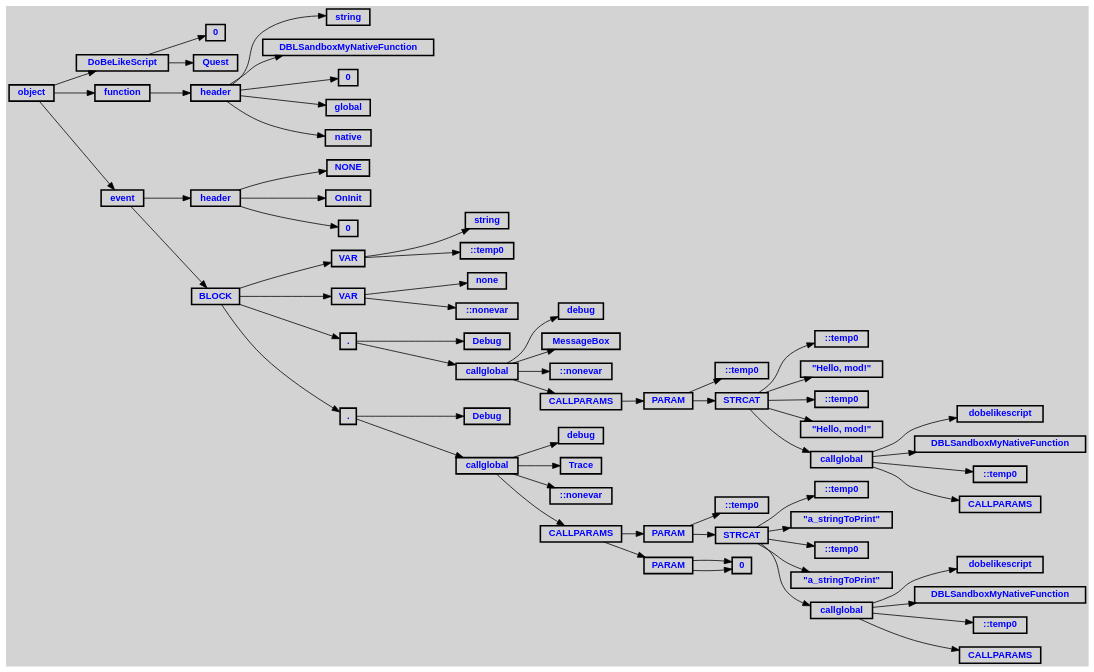
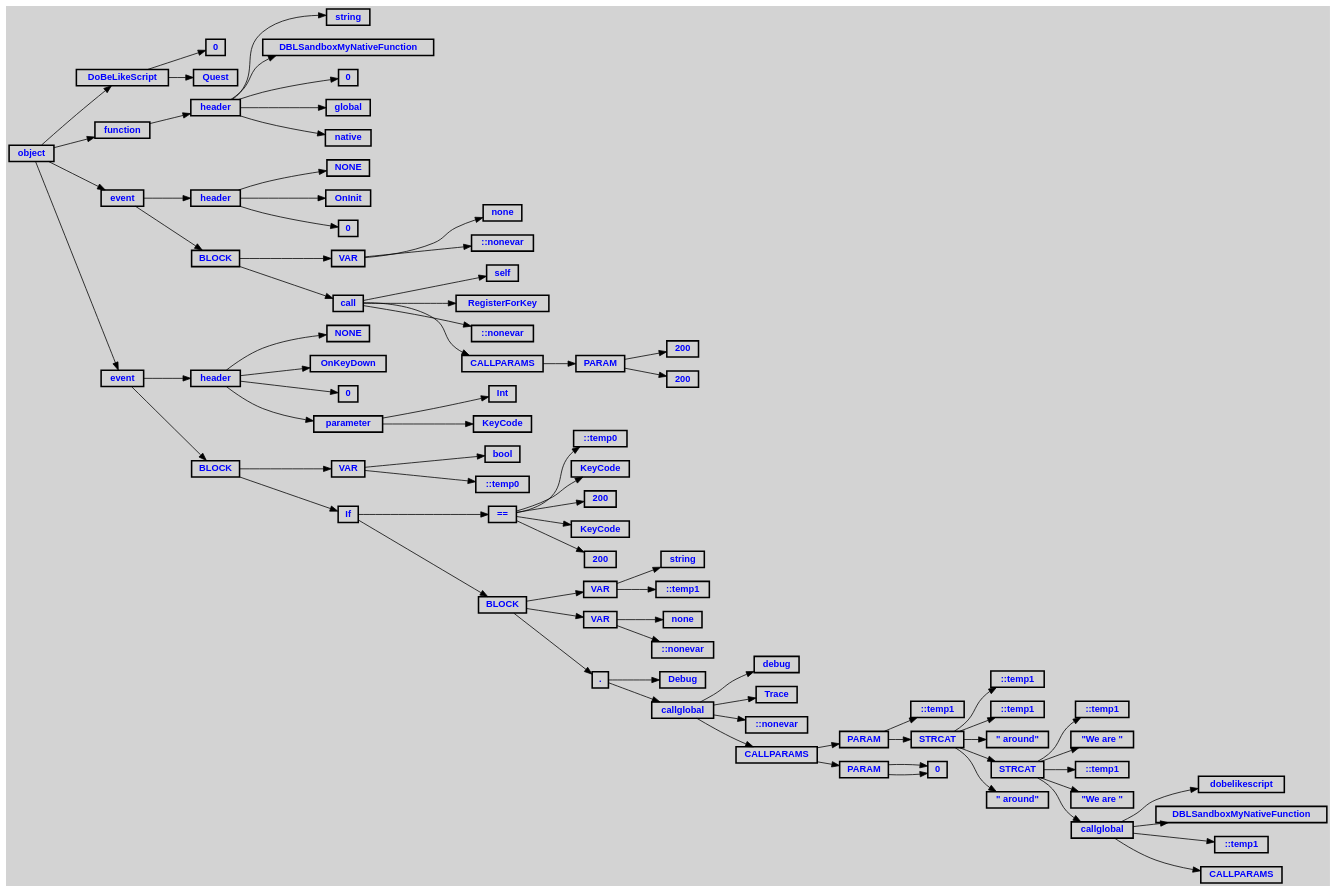
Before and after one commit to WladHD/CommonLibSSE-Sandbox: the diagram in DoBeLikeScript.postTypeCheck.dot, drawn with Graphviz. The commit also changed 22 other files, not shown here.

```diff
--- a/DoBeLikeScript.postTypeCheck.dot
+++ b/DoBeLikeScript.postTypeCheck.dot
@@ -1,158 +1,199 @@
 digraph {
  ordering=out;
  ranksep=.4
  rankdir=LR
  bgcolor="lightgrey";
  node [shape=box, fixedsize=false, fontsize=12, fontname="Helvetica-bold", fontcolor="blue"
        width=.25, height=.25, color="black", style="bold"]
  n0 [label="object"];
  n1 [label="DoBeLikeScript"];
  n1 [label="DoBeLikeScript"];
  n2 [label="0"];
  n3 [label="Quest"];
  n4 [label="function"];
  n4 [label="function"];
  n5 [label="header"];
  n5 [label="header"];
  n6 [label="string"];
  n7 [label="DBLSandboxMyNativeFunction"];
  n8 [label="0"];
  n9 [label="global"];
  n10 [label="native"];
  n11 [label="event"];
  n11 [label="event"];
  n12 [label="header"];
  n12 [label="header"];
  n13 [label="NONE"];
  n14 [label="OnInit"];
  n15 [label="0"];
  n16 [label="BLOCK"];
  n16 [label="BLOCK"];
  n17 [label="VAR"];
  n17 [label="VAR"];
- n18 [label="string"];
- n19 [label="::temp0"];
- n20 [label="VAR"];
- n20 [label="VAR"];
- n21 [label="none"];
- n22 [label="::nonevar"];
- n23 [label="."];
- n23 [label="."];
- n24 [label="Debug"];
- n25 [label="callglobal"];
- n25 [label="callglobal"];
- n26 [label="debug"];
- n27 [label="MessageBox"];
- n28 [label="::nonevar"];
- n29 [label="CALLPARAMS"];
- n29 [label="CALLPARAMS"];
- n30 [label="PARAM"];
- n30 [label="PARAM"];
- n31 [label="::temp0"];
- n32 [label="STRCAT"];
- n32 [label="STRCAT"];
- n33 [label="::temp0"];
- n34 [label="\"Hello, mod!\""];
- n35 [label="::temp0"];
- n36 [label="\"Hello, mod!\""];
- n37 [label="callglobal"];
- n37 [label="callglobal"];
- n38 [label="dobelikescript"];
- n39 [label="DBLSandboxMyNativeFunction"];
- n40 [label="::temp0"];
- n41 [label="CALLPARAMS"];
- n42 [label="."];
- n42 [label="."];
- n43 [label="Debug"];
- n44 [label="callglobal"];
- n44 [label="callglobal"];
- n45 [label="debug"];
- n46 [label="Trace"];
- n47 [label="::nonevar"];
- n48 [label="CALLPARAMS"];
- n48 [label="CALLPARAMS"];
- n49 [label="PARAM"];
- n49 [label="PARAM"];
- n50 [label="::temp0"];
- n51 [label="STRCAT"];
- n51 [label="STRCAT"];
- n52 [label="::temp0"];
- n53 [label="\"a_stringToPrint\""];
- n54 [label="::temp0"];
- n55 [label="\"a_stringToPrint\""];
+ n18 [label="none"];
+ n19 [label="::nonevar"];
+ n20 [label="call"];
+ n20 [label="call"];
+ n21 [label="self"];
+ n22 [label="RegisterForKey"];
+ n23 [label="::nonevar"];
+ n24 [label="CALLPARAMS"];
+ n24 [label="CALLPARAMS"];
+ n25 [label="PARAM"];
+ n25 [label="PARAM"];
+ n26 [label="200"];
+ n27 [label="200"];
+ n28 [label="event"];
+ n28 [label="event"];
+ n29 [label="header"];
+ n29 [label="header"];
+ n30 [label="NONE"];
+ n31 [label="OnKeyDown"];
+ n32 [label="0"];
+ n33 [label="parameter"];
+ n33 [label="parameter"];
+ n34 [label="Int"];
+ n35 [label="KeyCode"];
+ n36 [label="BLOCK"];
+ n36 [label="BLOCK"];
+ n37 [label="VAR"];
+ n37 [label="VAR"];
+ n38 [label="bool"];
+ n39 [label="::temp0"];
+ n40 [label="If"];
+ n40 [label="If"];
+ n41 [label="=="];
+ n41 [label="=="];
+ n42 [label="::temp0"];
+ n43 [label="KeyCode"];
+ n44 [label="200"];
+ n45 [label="KeyCode"];
+ n46 [label="200"];
+ n47 [label="BLOCK"];
+ n47 [label="BLOCK"];
+ n48 [label="VAR"];
+ n48 [label="VAR"];
+ n49 [label="string"];
+ n50 [label="::temp1"];
+ n51 [label="VAR"];
+ n51 [label="VAR"];
+ n52 [label="none"];
+ n53 [label="::nonevar"];
+ n54 [label="."];
+ n54 [label="."];
+ n55 [label="Debug"];
  n56 [label="callglobal"];
  n56 [label="callglobal"];
- n57 [label="dobelikescript"];
- n58 [label="DBLSandboxMyNativeFunction"];
- n59 [label="::temp0"];
+ n57 [label="debug"];
+ n58 [label="Trace"];
+ n59 [label="::nonevar"];
+ n60 [label="CALLPARAMS"];
  n60 [label="CALLPARAMS"];
  n61 [label="PARAM"];
  n61 [label="PARAM"];
- n62 [label="0"];
- n62 [label="0"];
+ n62 [label="::temp1"];
+ n63 [label="STRCAT"];
+ n63 [label="STRCAT"];
+ n64 [label="::temp1"];
+ n65 [label="::temp1"];
+ n66 [label="\" around\""];
+ n67 [label="STRCAT"];
+ n67 [label="STRCAT"];
+ n68 [label="::temp1"];
+ n69 [label="\"We are \""];
+ n70 [label="::temp1"];
+ n71 [label="\"We are \""];
+ n72 [label="callglobal"];
+ n72 [label="callglobal"];
+ n73 [label="dobelikescript"];
+ n74 [label="DBLSandboxMyNativeFunction"];
+ n75 [label="::temp1"];
+ n76 [label="CALLPARAMS"];
+ n77 [label="\" around\""];
+ n78 [label="PARAM"];
+ n78 [label="PARAM"];
+ n79 [label="0"];
+ n79 [label="0"];
 
  n0 -> n1 // "object" -> "DoBeLikeScript"
  n1 -> n2 // "DoBeLikeScript" -> "0"
  n1 -> n3 // "DoBeLikeScript" -> "Quest"
  n0 -> n4 // "object" -> "function"
  n4 -> n5 // "function" -> "header"
  n5 -> n6 // "header" -> "string"
  n5 -> n7 // "header" -> "DBLSandboxMyNativeFunction"
  n5 -> n8 // "header" -> "0"
  n5 -> n9 // "header" -> "global"
  n5 -> n10 // "header" -> "native"
  n0 -> n11 // "object" -> "event"
  n11 -> n12 // "event" -> "header"
  n12 -> n13 // "header" -> "NONE"
  n12 -> n14 // "header" -> "OnInit"
  n12 -> n15 // "header" -> "0"
  n11 -> n16 // "event" -> "BLOCK"
  n16 -> n17 // "BLOCK" -> "VAR"
- n17 -> n18 // "VAR" -> "string"
- n17 -> n19 // "VAR" -> "::temp0"
- n16 -> n20 // "BLOCK" -> "VAR"
- n20 -> n21 // "VAR" -> "none"
- n20 -> n22 // "VAR" -> "::nonevar"
- n16 -> n23 // "BLOCK" -> "."
- n23 -> n24 // "." -> "Debug"
- n23 -> n25 // "." -> "callglobal"
- n25 -> n26 // "callglobal" -> "debug"
- n25 -> n27 // "callglobal" -> "MessageBox"
- n25 -> n28 // "callglobal" -> "::nonevar"
- n25 -> n29 // "callglobal" -> "CALLPARAMS"
- n29 -> n30 // "CALLPARAMS" -> "PARAM"
- n30 -> n31 // "PARAM" -> "::temp0"
- n30 -> n32 // "PARAM" -> "STRCAT"
- n32 -> n33 // "STRCAT" -> "::temp0"
- n32 -> n34 // "STRCAT" -> ""Hello, mod!""
- n32 -> n35 // "STRCAT" -> "::temp0"
- n32 -> n36 // "STRCAT" -> ""Hello, mod!""
- n32 -> n37 // "STRCAT" -> "callglobal"
- n37 -> n38 // "callglobal" -> "dobelikescript"
- n37 -> n39 // "callglobal" -> "DBLSandboxMyNativeFunction"
- n37 -> n40 // "callglobal" -> "::temp0"
- n37 -> n41 // "callglobal" -> "CALLPARAMS"
- n16 -> n42 // "BLOCK" -> "."
- n42 -> n43 // "." -> "Debug"
- n42 -> n44 // "." -> "callglobal"
- n44 -> n45 // "callglobal" -> "debug"
- n44 -> n46 // "callglobal" -> "Trace"
- n44 -> n47 // "callglobal" -> "::nonevar"
- n44 -> n48 // "callglobal" -> "CALLPARAMS"
- n48 -> n49 // "CALLPARAMS" -> "PARAM"
- n49 -> n50 // "PARAM" -> "::temp0"
- n49 -> n51 // "PARAM" -> "STRCAT"
- n51 -> n52 // "STRCAT" -> "::temp0"
- n51 -> n53 // "STRCAT" -> ""a_stringToPrint""
- n51 -> n54 // "STRCAT" -> "::temp0"
- n51 -> n55 // "STRCAT" -> ""a_stringToPrint""
- n51 -> n56 // "STRCAT" -> "callglobal"
- n56 -> n57 // "callglobal" -> "dobelikescript"
- n56 -> n58 // "callglobal" -> "DBLSandboxMyNativeFunction"
- n56 -> n59 // "callglobal" -> "::temp0"
+ n17 -> n18 // "VAR" -> "none"
+ n17 -> n19 // "VAR" -> "::nonevar"
+ n16 -> n20 // "BLOCK" -> "call"
+ n20 -> n21 // "call" -> "self"
+ n20 -> n22 // "call" -> "RegisterForKey"
+ n20 -> n23 // "call" -> "::nonevar"
+ n20 -> n24 // "call" -> "CALLPARAMS"
+ n24 -> n25 // "CALLPARAMS" -> "PARAM"
+ n25 -> n26 // "PARAM" -> "200"
+ n25 -> n27 // "PARAM" -> "200"
+ n0 -> n28 // "object" -> "event"
+ n28 -> n29 // "event" -> "header"
+ n29 -> n30 // "header" -> "NONE"
+ n29 -> n31 // "header" -> "OnKeyDown"
+ n29 -> n32 // "header" -> "0"
+ n29 -> n33 // "header" -> "parameter"
+ n33 -> n34 // "parameter" -> "Int"
+ n33 -> n35 // "parameter" -> "KeyCode"
+ n28 -> n36 // "event" -> "BLOCK"
+ n36 -> n37 // "BLOCK" -> "VAR"
+ n37 -> n38 // "VAR" -> "bool"
+ n37 -> n39 // "VAR" -> "::temp0"
+ n36 -> n40 // "BLOCK" -> "If"
+ n40 -> n41 // "If" -> "=="
+ n41 -> n42 // "==" -> "::temp0"
+ n41 -> n43 // "==" -> "KeyCode"
+ n41 -> n44 // "==" -> "200"
+ n41 -> n45 // "==" -> "KeyCode"
+ n41 -> n46 // "==" -> "200"
+ n40 -> n47 // "If" -> "BLOCK"
+ n47 -> n48 // "BLOCK" -> "VAR"
+ n48 -> n49 // "VAR" -> "string"
+ n48 -> n50 // "VAR" -> "::temp1"
+ n47 -> n51 // "BLOCK" -> "VAR"
+ n51 -> n52 // "VAR" -> "none"
+ n51 -> n53 // "VAR" -> "::nonevar"
+ n47 -> n54 // "BLOCK" -> "."
+ n54 -> n55 // "." -> "Debug"
+ n54 -> n56 // "." -> "callglobal"
+ n56 -> n57 // "callglobal" -> "debug"
+ n56 -> n58 // "callglobal" -> "Trace"
+ n56 -> n59 // "callglobal" -> "::nonevar"
  n56 -> n60 // "callglobal" -> "CALLPARAMS"
- n48 -> n61 // "CALLPARAMS" -> "PARAM"
- n61 -> n62 // "PARAM" -> "0"
- n61 -> n62 // "PARAM" -> "0"
+ n60 -> n61 // "CALLPARAMS" -> "PARAM"
+ n61 -> n62 // "PARAM" -> "::temp1"
+ n61 -> n63 // "PARAM" -> "STRCAT"
+ n63 -> n64 // "STRCAT" -> "::temp1"
+ n63 -> n65 // "STRCAT" -> "::temp1"
+ n63 -> n66 // "STRCAT" -> "" around""
+ n63 -> n67 // "STRCAT" -> "STRCAT"
+ n67 -> n68 // "STRCAT" -> "::temp1"
+ n67 -> n69 // "STRCAT" -> ""We are ""
+ n67 -> n70 // "STRCAT" -> "::temp1"
+ n67 -> n71 // "STRCAT" -> ""We are ""
+ n67 -> n72 // "STRCAT" -> "callglobal"
+ n72 -> n73 // "callglobal" -> "dobelikescript"
+ n72 -> n74 // "callglobal" -> "DBLSandboxMyNativeFunction"
+ n72 -> n75 // "callglobal" -> "::temp1"
+ n72 -> n76 // "callglobal" -> "CALLPARAMS"
+ n63 -> n77 // "STRCAT" -> "" around""
+ n60 -> n78 // "CALLPARAMS" -> "PARAM"
+ n78 -> n79 // "PARAM" -> "0"
+ n78 -> n79 // "PARAM" -> "0"
 
 }
```
